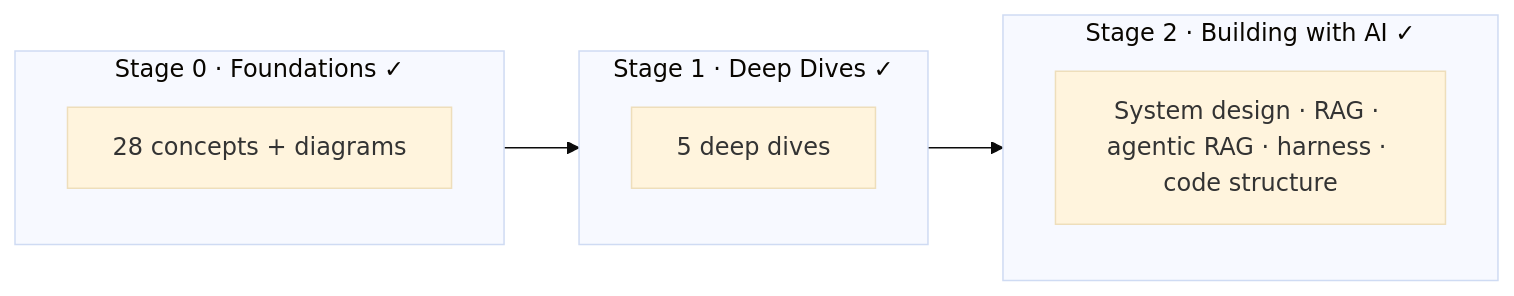
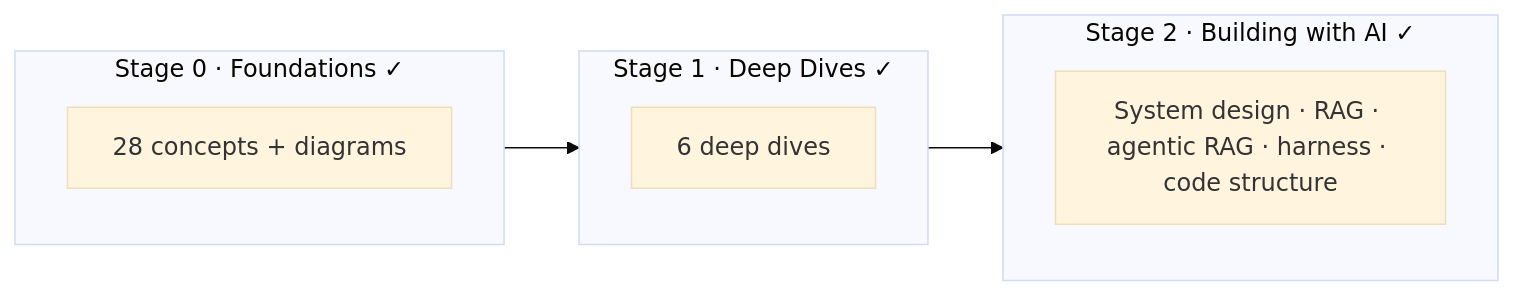
Before and after one commit to namphuongtran/ai-vault: the diagram in content/en/_index.md, drawn with Mermaid (base theme). The commit also changed other lines of this file and 55 other files, not shown here.

First line of the commit message:
Restructure learning order: start from AI landscape, fix stale homepage, link deep dives

````diff
--- a/content/en/_index.md
+++ b/content/en/_index.md
@@ -24,13 +24,13 @@
 ```mermaid
 flowchart LR
     subgraph S0["Stage 0 · Foundations ✓"]
       A0[28 concepts + diagrams]
     end
     subgraph S1["Stage 1 · Deep Dives ✓"]
-      A1[5 deep dives]
+      A1[6 deep dives]
     end
     subgraph S2["Stage 2 · Building with AI ✓"]
       A2[System design · RAG · agentic RAG · harness · code structure]
     end
     S0 --> S1 --> S2
 ```
````
